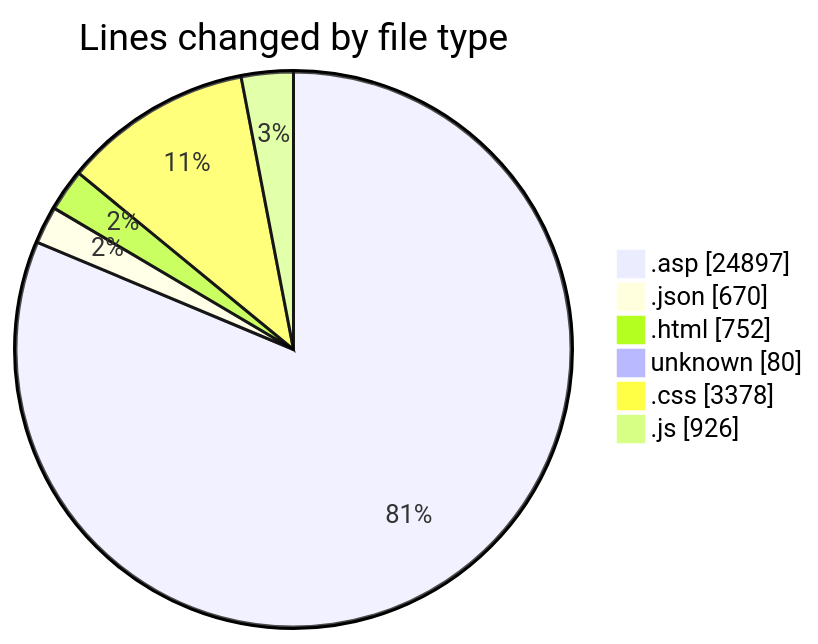
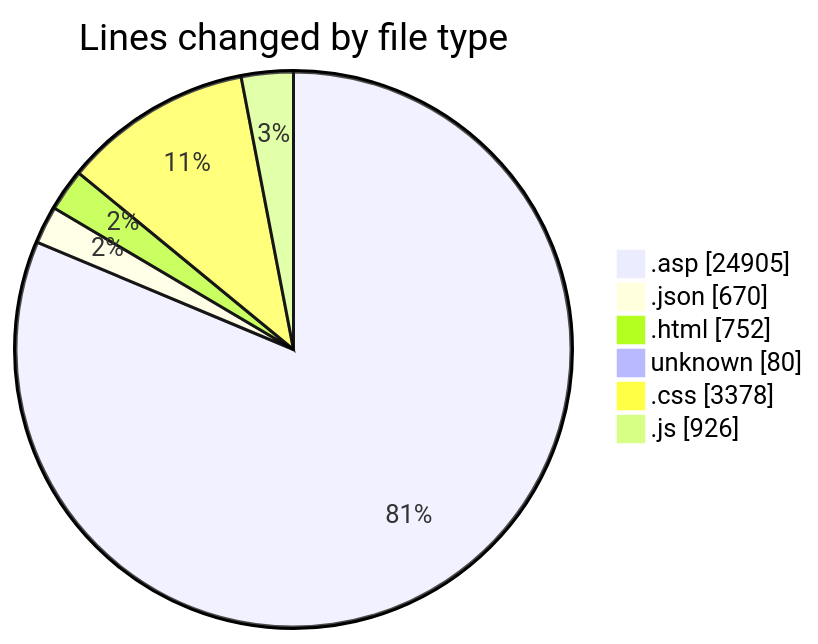
The first of 2 diagrams in 2025-11-01/cdp_aleoudev_fr__workspace_/README.md (julien-gomy/code-tracking), drawn with Mermaid before and after one commit. The commit also changed other lines of this file and 1 other file, not shown here.

````diff
--- a/2025-11-01/cdp_aleoudev_fr__workspace_/README.md
+++ b/2025-11-01/cdp_aleoudev_fr__workspace_/README.md
@@ -39,10 +39,10 @@
 ```mermaid
 pie showData
 title Lines changed by file type
-".asp" : 24897
+".asp" : 24905
 ".json" : 670
 ".html" : 752
 "unknown" : 80
 ".css" : 3378
 ".js" : 926
 ```
````
